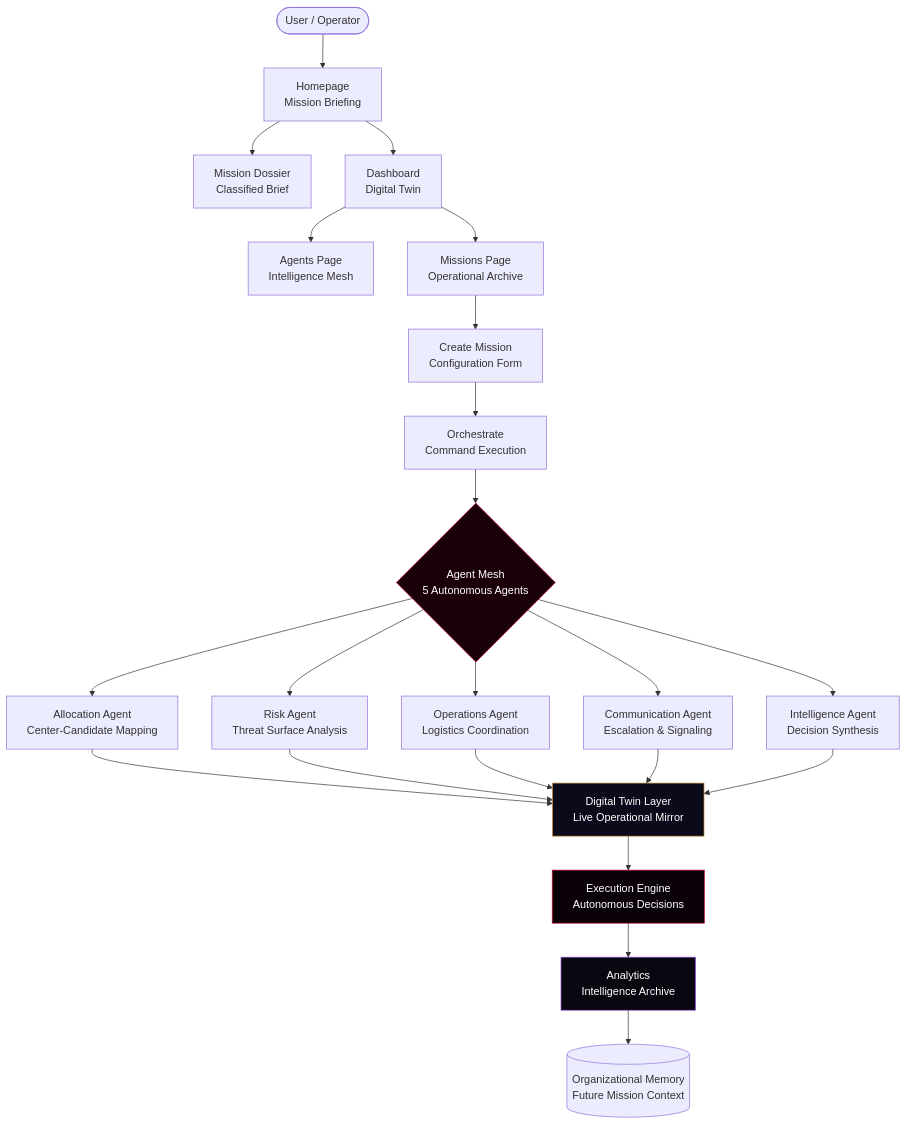
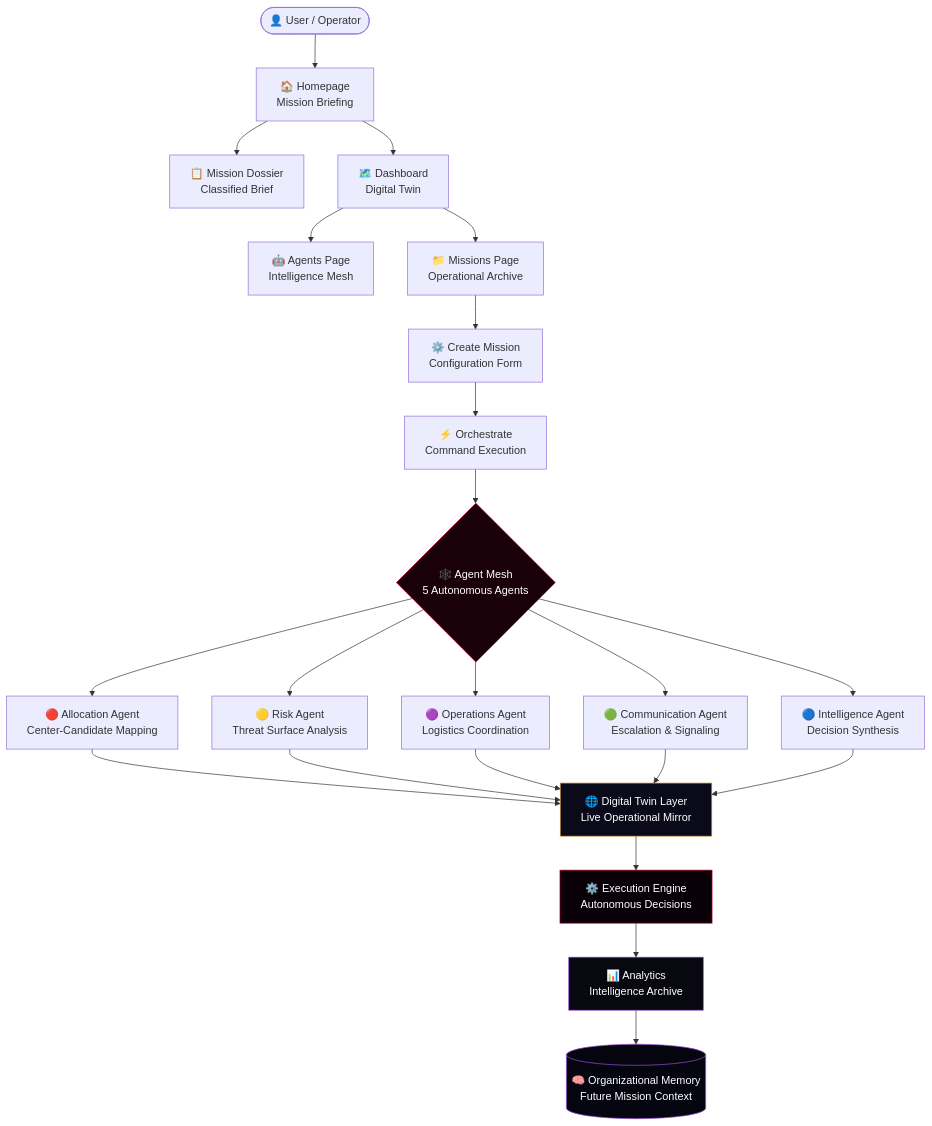
One commit to khyatiagrawal-2025/Orchestr-AI changed the first of 2 diagrams in README.md. Above: the diagram before and after it, drawn with Mermaid. The commit also changed other lines of this file and 7 other files, not shown here.

````diff
--- a/README.md
+++ b/README.md
@@ -226,31 +210,32 @@
 ```mermaid
 flowchart TD
-    U([User / Operator]) --> HP[Homepage\nMission Briefing]
-    HP --> MD[Mission Dossier\nClassified Brief]
-    HP --> DB[Dashboard\nDigital Twin]
+    U([👤 User / Operator]) --> HP[🏠 Homepage\nMission Briefing]
+    HP --> MD[📋 Mission Dossier\nClassified Brief]
+    HP --> DB[🗺️ Dashboard\nDigital Twin]
 
-    DB --> AN[Agents Page\nIntelligence Mesh]
-    DB --> MS[Missions Page\nOperational Archive]
-    MS --> MC[Create Mission\nConfiguration Form]
-    MC --> OR[Orchestrate\nCommand Execution]
+    DB --> AN[🤖 Agents Page\nIntelligence Mesh]
+    DB --> MS[📁 Missions Page\nOperational Archive]
+    MS --> MC[⚙️ Create Mission\nConfiguration Form]
+    MC --> OR[⚡ Orchestrate\nCommand Execution]
 
-    OR --> AM{Agent Mesh\n5 Autonomous Agents}
+    OR --> AM{🕸️ Agent Mesh\n5 Autonomous Agents}
 
-    AM --> AA[Allocation Agent\nCenter-Candidate Mapping]
-    AM --> RA[Risk Agent\nThreat Surface Analysis]
-    AM --> OA[Operations Agent\nLogistics Coordination]
-    AM --> CA[Communication Agent\nEscalation & Signaling]
-    AM --> IA[Intelligence Agent\nDecision Synthesis]
+    AM --> AA[🔴 Allocation Agent\nCenter-Candidate Mapping]
+    AM --> RA[🟡 Risk Agent\nThreat Surface Analysis]
+    AM --> OA[🟣 Operations Agent\nLogistics Coordination]
+    AM --> CA[🟢 Communication Agent\nEscalation & Signaling]
+    AM --> IA[🔵 Intelligence Agent\nDecision Synthesis]
 
-    AA & RA & OA & CA & IA --> DT[Digital Twin Layer\nLive Operational Mirror]
+    AA & RA & OA & CA & IA --> DT[🌐 Digital Twin Layer\nLive Operational Mirror]
 
-    DT --> EX[Execution Engine\nAutonomous Decisions]
-    EX --> AT[Analytics\nIntelligence Archive]
+    DT --> EX[⚙️ Execution Engine\nAutonomous Decisions]
+    EX --> AT[📊 Analytics\nIntelligence Archive]
 
-    AT --> ORG[(Organizational Memory\nFuture Mission Context)]
+    AT --> ORG[(🧠 Organizational Memory\nFuture Mission Context)]
 
     style AM fill:#1a0008,stroke:#C4002B,color:#fff
     style DT fill:#0a0a1a,stroke:#BF8C2C,color:#fff
     style EX fill:#0a0008,stroke:#C4002B,color:#fff
     style AT fill:#080810,stroke:#9d4edd,color:#fff
+    style ORG fill:#050510,stroke:#9d4edd,color:#fff
 ```
````
